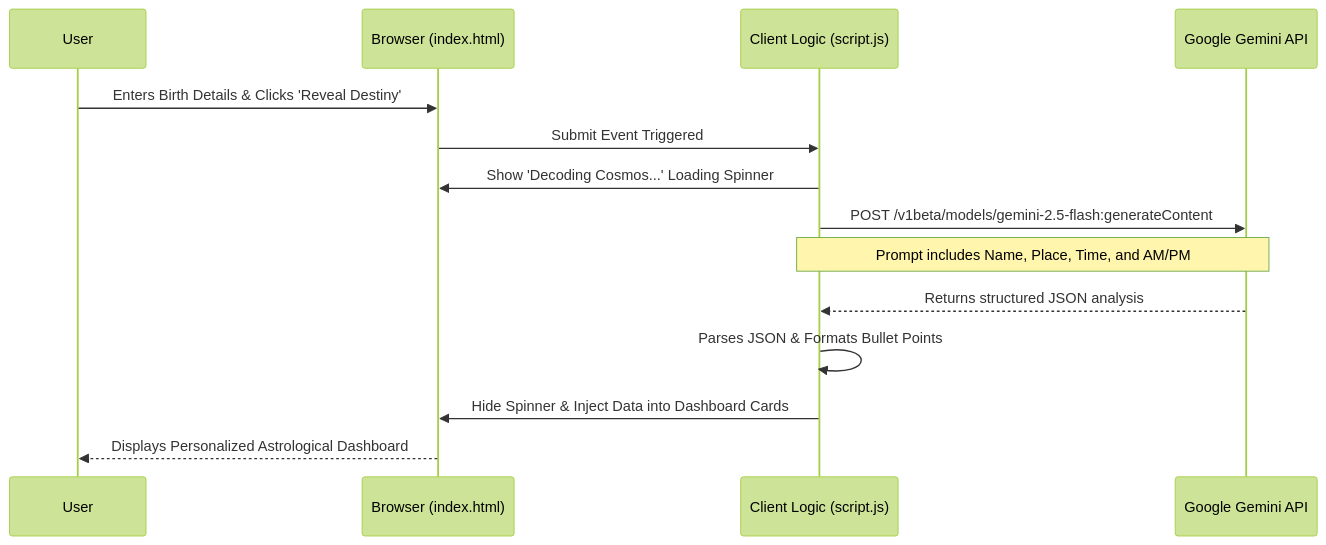
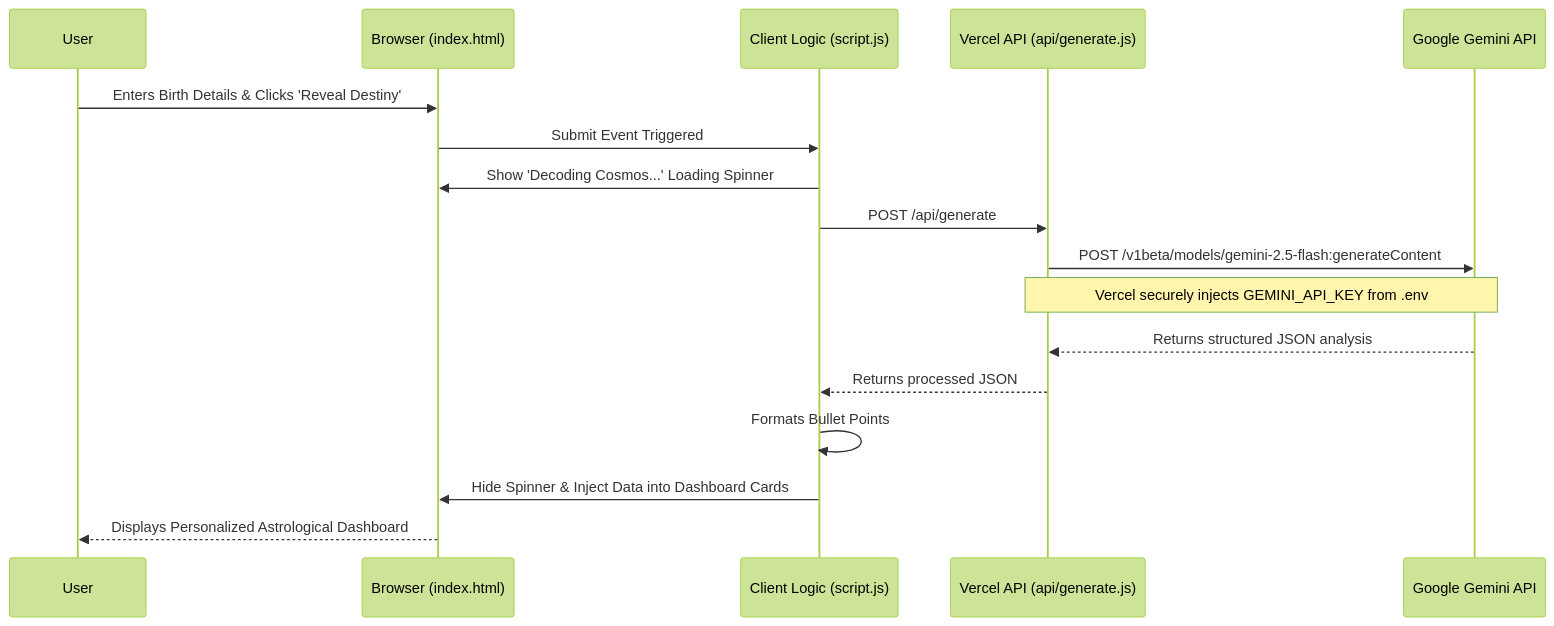
Before and after one commit to gsgawd/DestinyAI: the diagram in README.md, drawn with Mermaid (forest theme). The commit also changed other lines of this file and 4 other files, not shown here.

````diff
--- a/README.md
+++ b/README.md
@@ -19,17 +19,20 @@
 ```mermaid
 sequenceDiagram
     participant User as User
     participant UI as Browser (index.html)
     participant JS as Client Logic (script.js)
+    participant Vercel as Vercel API (api/generate.js)
     participant Gemini as Google Gemini API
 
     User->>UI: Enters Birth Details & Clicks 'Reveal Destiny'
     UI->>JS: Submit Event Triggered
     JS->>UI: Show 'Decoding Cosmos...' Loading Spinner
-    JS->>Gemini: POST /v1beta/models/gemini-2.5-flash:generateContent
-    Note over JS, Gemini: Prompt includes Name, Place, Time, and AM/PM
-    Gemini-->>JS: Returns structured JSON analysis
-    JS->>JS: Parses JSON & Formats Bullet Points
+    JS->>Vercel: POST /api/generate
+    Vercel->>Gemini: POST /v1beta/models/gemini-2.5-flash:generateContent
+    Note over Vercel, Gemini: Vercel securely injects GEMINI_API_KEY from .env
+    Gemini-->>Vercel: Returns structured JSON analysis
+    Vercel-->>JS: Returns processed JSON
+    JS->>JS: Formats Bullet Points
     JS->>UI: Hide Spinner & Inject Data into Dashboard Cards
     UI-->>User: Displays Personalized Astrological Dashboard
 ```
````
